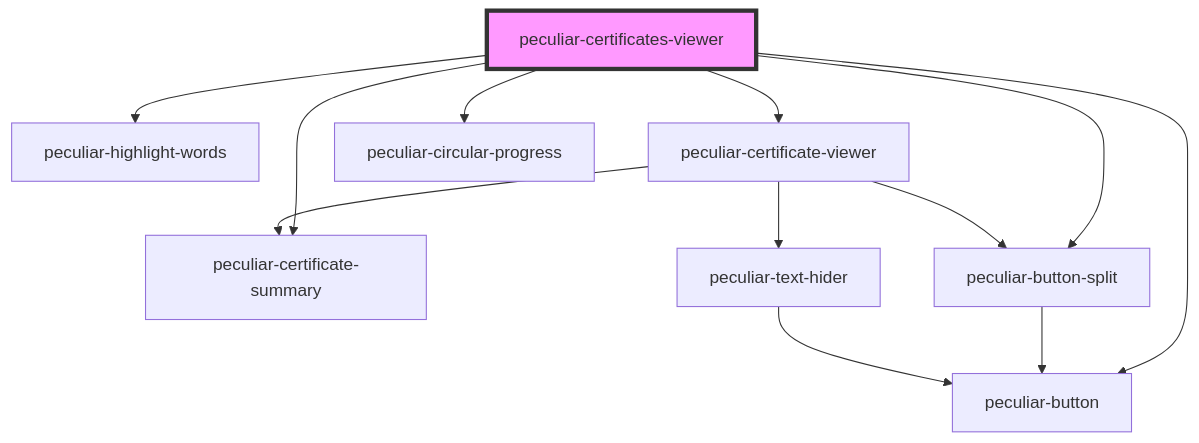
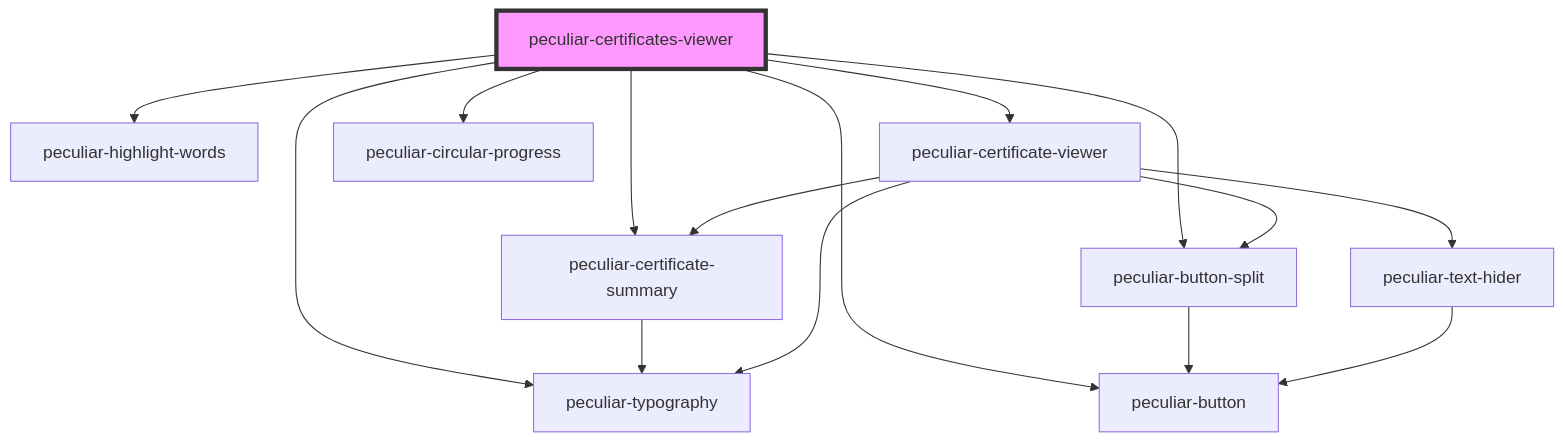
One commit to PeculiarVentures/pv-certificates-viewer changed the diagram in src/components/certificates-viewer/readme.md. Above: the diagram before and after it, drawn with Mermaid. The commit also changed other lines of this file and 24 other files, not shown here.

````diff
--- a/src/components/certificates-viewer/readme.md
+++ b/src/components/certificates-viewer/readme.md
@@ -29,15 +30,18 @@
 ```mermaid
 graph TD;
   peculiar-certificates-viewer --> peculiar-certificate-summary
   peculiar-certificates-viewer --> peculiar-button
+  peculiar-certificates-viewer --> peculiar-typography
   peculiar-certificates-viewer --> peculiar-highlight-words
   peculiar-certificates-viewer --> peculiar-button-split
   peculiar-certificates-viewer --> peculiar-certificate-viewer
   peculiar-certificates-viewer --> peculiar-circular-progress
+  peculiar-certificate-summary --> peculiar-typography
   peculiar-button-split --> peculiar-button
+  peculiar-certificate-viewer --> peculiar-typography
   peculiar-certificate-viewer --> peculiar-text-hider
   peculiar-certificate-viewer --> peculiar-button-split
   peculiar-certificate-viewer --> peculiar-certificate-summary
   peculiar-text-hider --> peculiar-button
   style peculiar-certificates-viewer fill:#f9f,stroke:#333,stroke-width:4px
 ```
````
